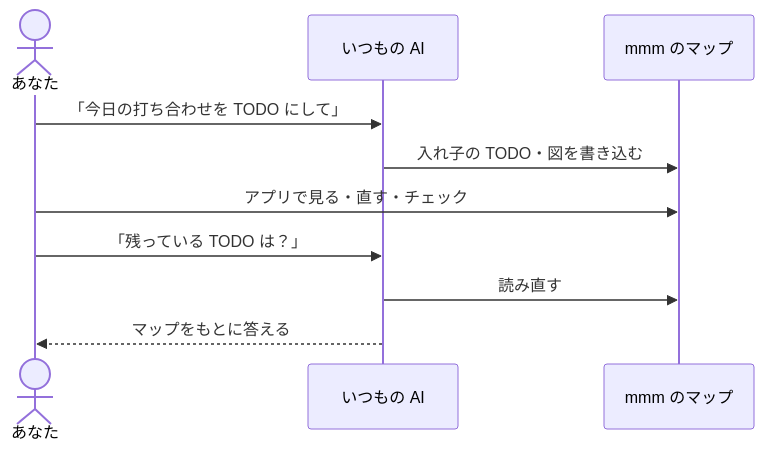
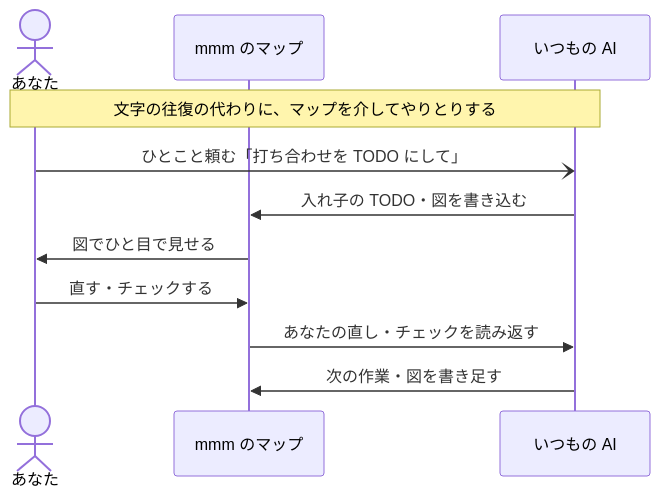
One commit to nhorie-canal/mmm_mcp changed the diagram in README.ja.md. Above: the diagram before and after it, drawn with Mermaid. The commit also changed 1 other file, not shown here.

Commit message:
README のしくみの図: あなた → mmm のマップ → AI の順にし、文字の往復の代わりにマップを介してやりとりする流れにする

````diff
--- a/README.ja.md
+++ b/README.ja.md
@@ -16,12 +16,13 @@
 ```mermaid
 sequenceDiagram
   actor あなた
+  participant M as mmm のマップ
   participant AI as いつもの AI
-  participant M as mmm のマップ
-  あなた->>AI: 「今日の打ち合わせを TODO にして」
+  Note over あなた,AI: 文字の往復の代わりに、マップを介してやりとりする
+  あなた-)AI: ひとこと頼む「打ち合わせを TODO にして」
   AI->>M: 入れ子の TODO・図を書き込む
-  あなた->>M: アプリで見る・直す・チェック
-  あなた->>AI: 「残っている TODO は？」
-  AI->>M: 読み直す
-  AI-->>あなた: マップをもとに答える
+  M->>あなた: 図でひと目で見せる
+  あなた->>M: 直す・チェックする
+  M->>AI: あなたの直し・チェックを読み返す
+  AI->>M: 次の作業・図を書き足す
 ```
````
